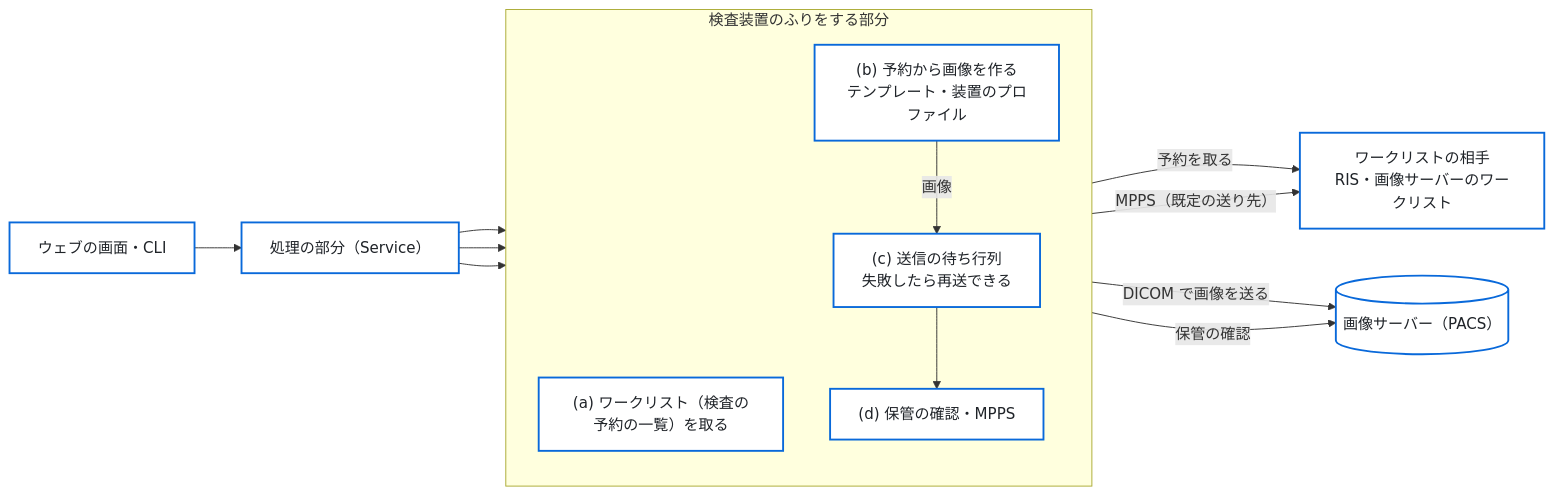
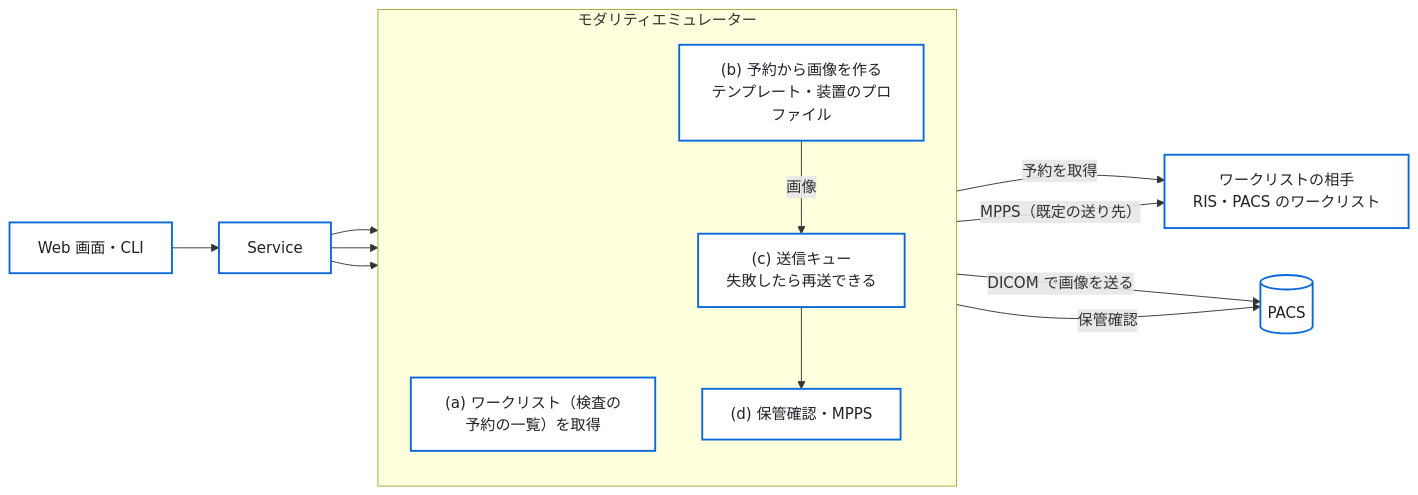
The first of 2 diagrams in docs/architecture.md (jeysunit/dicom-test-generator), drawn with Mermaid before and after one commit. The commit also changed other lines of this file and 131 other files, not shown here.

````diff
--- a/docs/architecture.md
+++ b/docs/architecture.md
@@ -20,27 +17,27 @@
 ```mermaid
 flowchart LR
   classDef box fill:#ffffff,stroke:#0969da,stroke-width:2px,color:#1f2328
 
-  UI["ウェブの画面・CLI"]:::box
-  SVC["処理の部分（Service）"]:::box
-  subgraph FLOW["検査装置のふりをする部分"]
+  UI["Web 画面・CLI"]:::box
+  SVC["Service"]:::box
+  subgraph FLOW["モダリティエミュレーター"]
     direction TB
-    MWL["(a) ワークリスト（検査の予約の一覧）を取る"]:::box
+    MWL["(a) ワークリスト（検査の予約の一覧）を取得"]:::box
     MAKE["(b) 予約から画像を作る<br/>テンプレート・装置のプロファイル"]:::box
-    QUEUE["(c) 送信の待ち行列<br/>失敗したら再送できる"]:::box
-    COMMIT["(d) 保管の確認・MPPS"]:::box
+    QUEUE["(c) 送信キュー<br/>失敗したら再送できる"]:::box
+    COMMIT["(d) 保管確認・MPPS"]:::box
   end
-  RIS["ワークリストの相手<br/>RIS・画像サーバーのワークリスト"]:::box
-  PACS[("画像サーバー（PACS）")]:::box
+  RIS["ワークリストの相手<br/>RIS・PACS のワークリスト"]:::box
+  PACS[("PACS")]:::box
 
   UI --> SVC
   SVC --> MWL
   SVC --> MAKE
   SVC --> QUEUE
-  MWL -->|"予約を取る"| RIS
+  MWL -->|"予約を取得"| RIS
   MAKE -->|"画像"| QUEUE
   QUEUE -->|"DICOM で画像を送る"| PACS
   QUEUE --> COMMIT
-  COMMIT -->|"保管の確認"| PACS
+  COMMIT -->|"保管確認"| PACS
   COMMIT -->|"MPPS（既定の送り先）"| RIS
 ```
````
